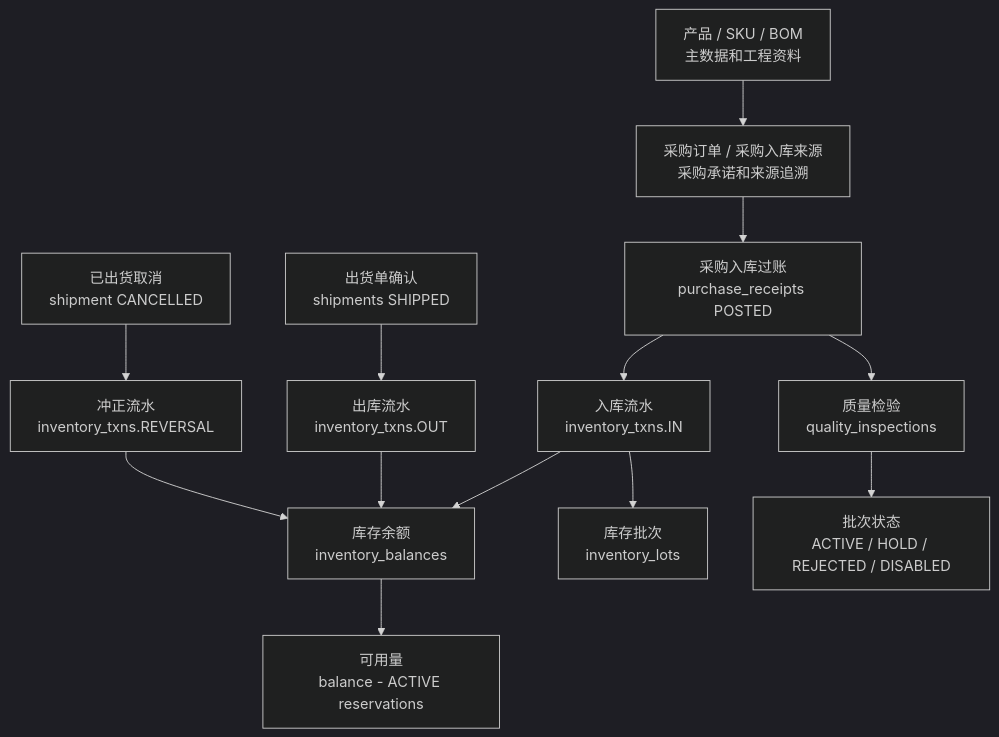
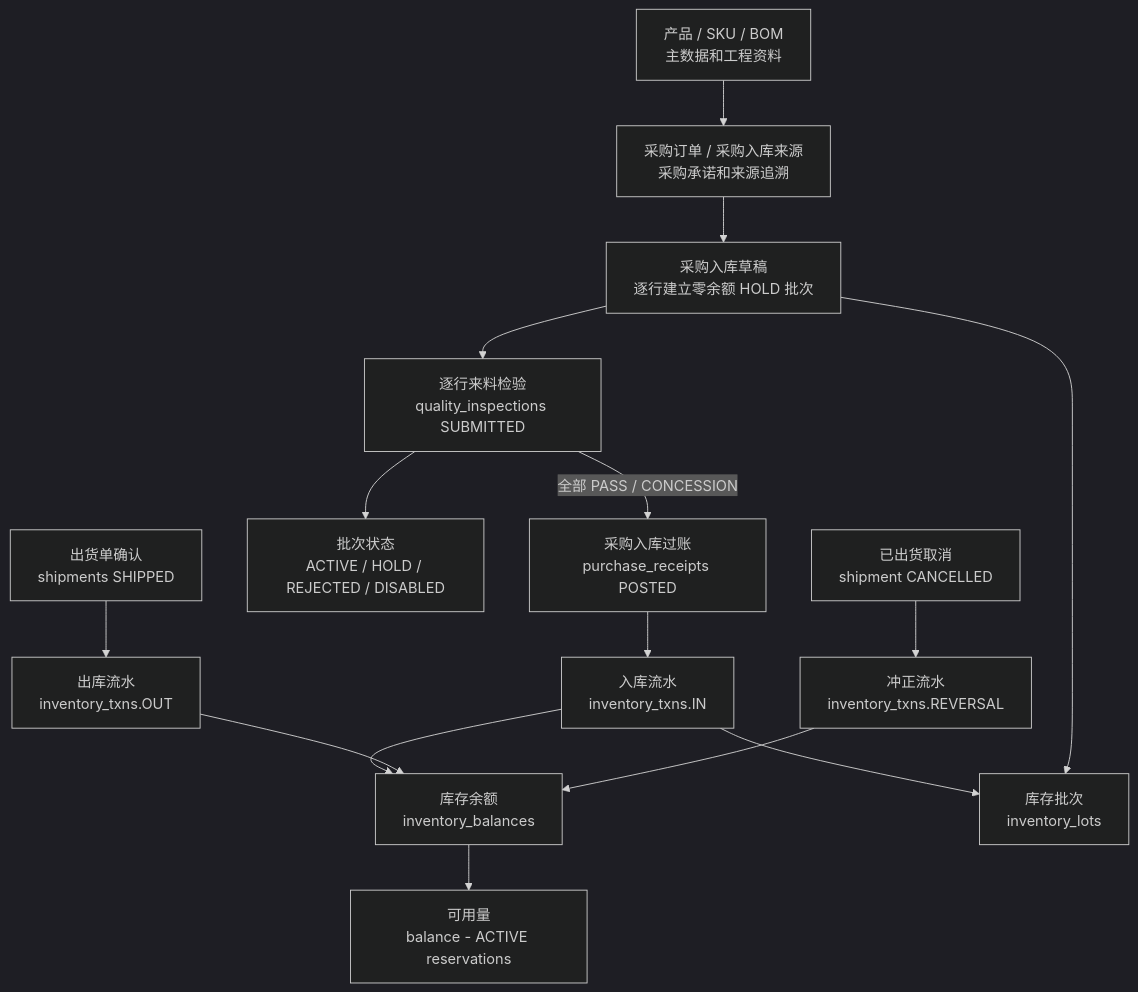
Before and after one commit to saurick/plush-toy-erp: the diagram in docs/product/产品能力证据详情.md, drawn with Mermaid (dark theme). The commit also changed other lines of this file and 522 other files, not shown here.

````diff
--- a/docs/product/产品能力证据详情.md
+++ b/docs/product/产品能力证据详情.md
@@ -220,15 +221,17 @@
 ```mermaid
 flowchart TD
   product["产品 / SKU / BOM<br/>主数据和工程资料"] --> purchaseOrder["采购订单 / 采购入库来源<br/>采购承诺和来源追溯"]
-  purchaseOrder --> receipt["采购入库过账<br/>purchase_receipts POSTED"]
+  purchaseOrder --> receiptDraft["采购入库草稿<br/>逐行建立零余额 HOLD 批次"]
+  receiptDraft --> quality["逐行来料检验<br/>quality_inspections SUBMITTED"]
+  quality -->|全部 PASS / CONCESSION| receipt["采购入库过账<br/>purchase_receipts POSTED"]
   receipt --> inboundTxn["入库流水<br/>inventory_txns.IN"]
   inboundTxn --> balance["库存余额<br/>inventory_balances"]
   inboundTxn --> lot["库存批次<br/>inventory_lots"]
-  receipt --> quality["质量检验<br/>quality_inspections"]
+  receiptDraft --> lot
   quality --> lotStatus["批次状态<br/>ACTIVE / HOLD / REJECTED / DISABLED"]
   balance --> available["可用量<br/>balance - ACTIVE reservations"]
   shipment["出货单确认<br/>shipments SHIPPED"] --> outboundTxn["出库流水<br/>inventory_txns.OUT"]
   outboundTxn --> balance
   shipmentCancel["已出货取消<br/>shipment CANCELLED"] --> reversal["冲正流水<br/>inventory_txns.REVERSAL"]
   reversal --> balance
 ```
````
